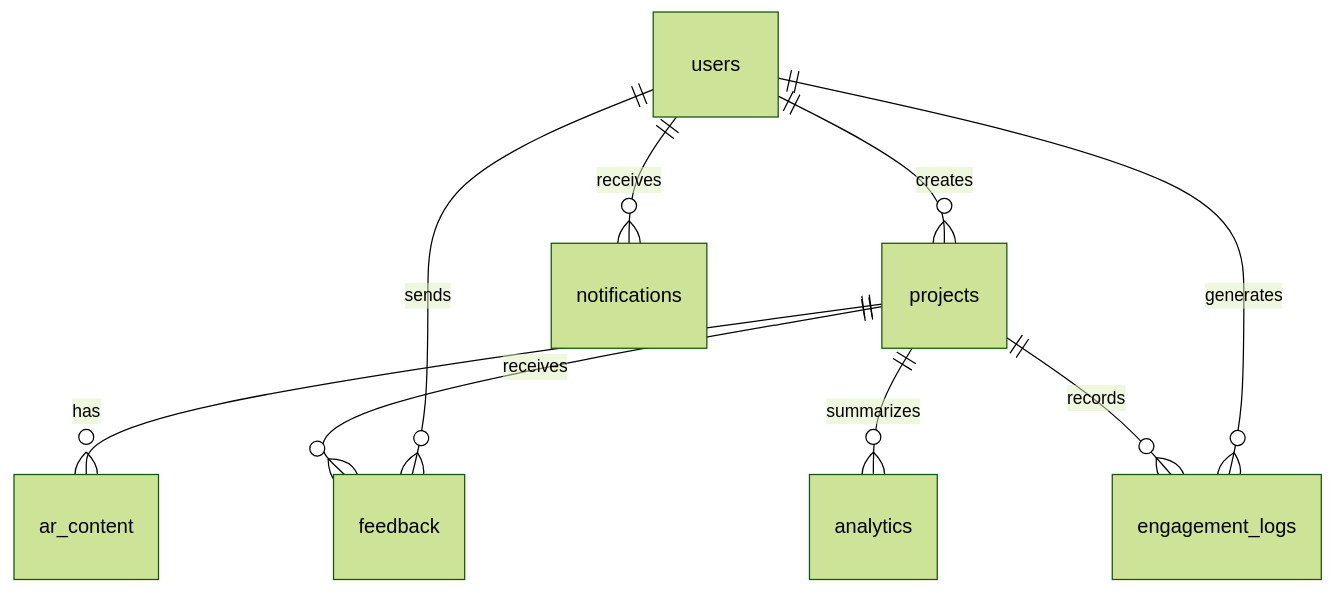
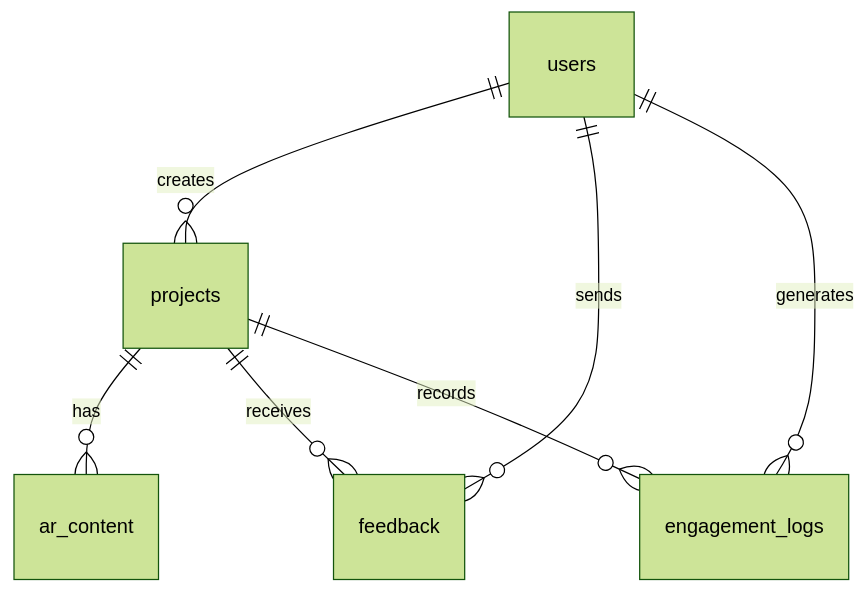
The second of 2 diagrams in website/i18n/en/docusaurus-plugin-content-docs/current/tecnico/arquitetura.md (EttoreCSenatore/varhub-client), drawn with Mermaid (forest theme) before and after one commit. The commit also changed other lines of this file and 375 other files, not shown here.

````diff
--- a/website/i18n/en/docusaurus-plugin-content-docs/current/tecnico/arquitetura.md
+++ b/website/i18n/en/docusaurus-plugin-content-docs/current/tecnico/arquitetura.md
@@ -55,11 +60,9 @@
 ```mermaid
 erDiagram
   users ||--o{ projects : creates
   users ||--o{ feedback : sends
   users ||--o{ engagement_logs : generates
-  users ||--o{ notifications : receives
   projects ||--o{ ar_content : has
   projects ||--o{ feedback : receives
   projects ||--o{ engagement_logs : records
-  projects ||--o{ analytics : summarizes
 ```
````
